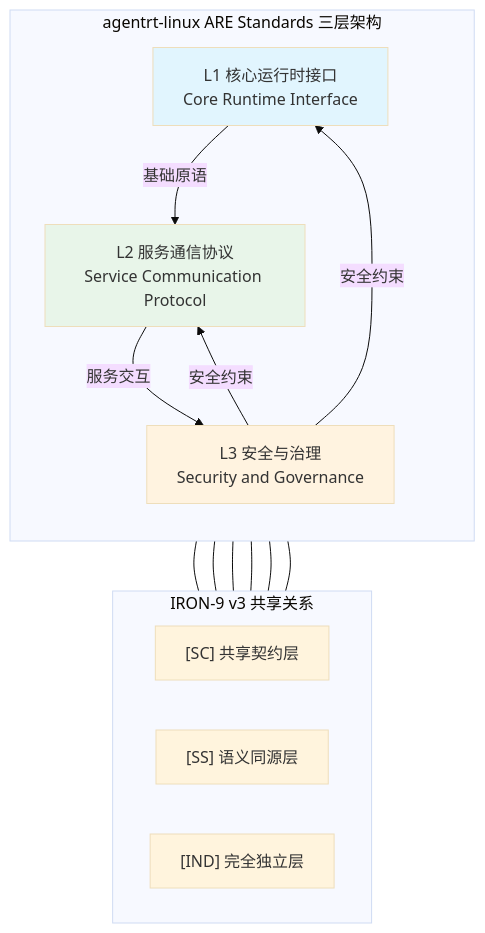
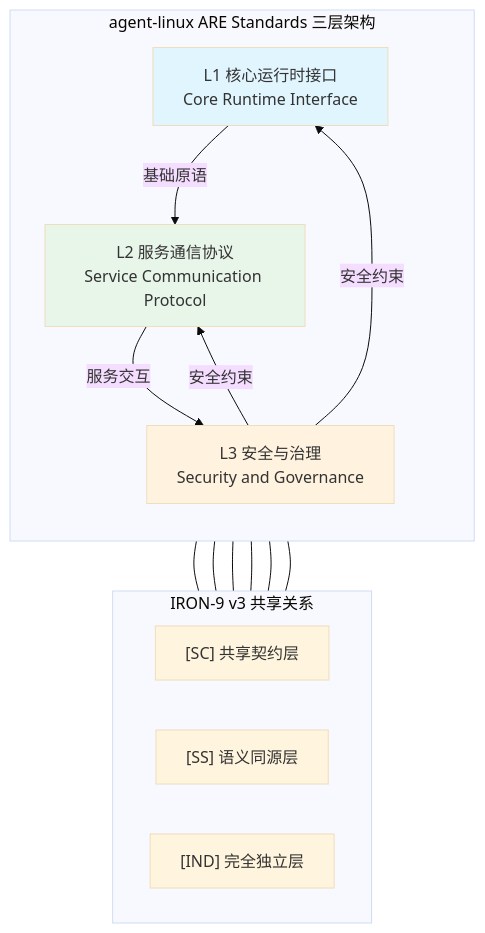
The first of 2 diagrams in 50-engineering-standards/30-runtime-interfaces/README.md (openairymax/docs-linux), drawn with Mermaid (base theme) before and after one commit. The commit also changed other lines of this file and 172 other files, not shown here.

Commit message:
docs: rename agentrt-linux to agent-linux across docs v0.1.3 双工程结构：agentrt-linux 改名 agent-linux。docs 全仓 186 个 文件中的 agentrt-linux 引用统一为 agent-linux（AirymaxOS 工程名/ URL/路径引用；commit hash 与历史不变）。

````diff
--- a/50-engineering-standards/30-runtime-interfaces/README.md
+++ b/50-engineering-standards/30-runtime-interfaces/README.md
@@ -99,32 +99,32 @@
 ```mermaid
 graph TB
-    subgraph "agentrt-linux ARE Standards 三层架构"
+    subgraph "agent-linux ARE Standards 三层架构"
         direction TB
         L1["L1 核心运行时接口<br/>Core Runtime Interface"]
         L2["L2 服务通信协议<br/>Service Communication Protocol"]
         L3["L3 安全与治理<br/>Security and Governance"]
         
         L1 -->|基础原语| L2
         L2 -->|服务交互| L3
         L3 -->|安全约束| L1
         L3 -->|安全约束| L2
     end
     
     subgraph "IRON-9 v3 共享关系"
         direction LR
         SC["[SC] 共享契约层"]
         SS["[SS] 语义同源层"]
         IND["[IND] 完全独立层"]
         
         L1 --- SC
         L2 --- SC
         L3 --- SC
         L1 --- SS
         L2 --- SS
         L3 --- IND
     end
     
     style L1 fill:#e1f5fe
     style L2 fill:#e8f5e9
     style L3 fill:#fff3e0
 ```
````
